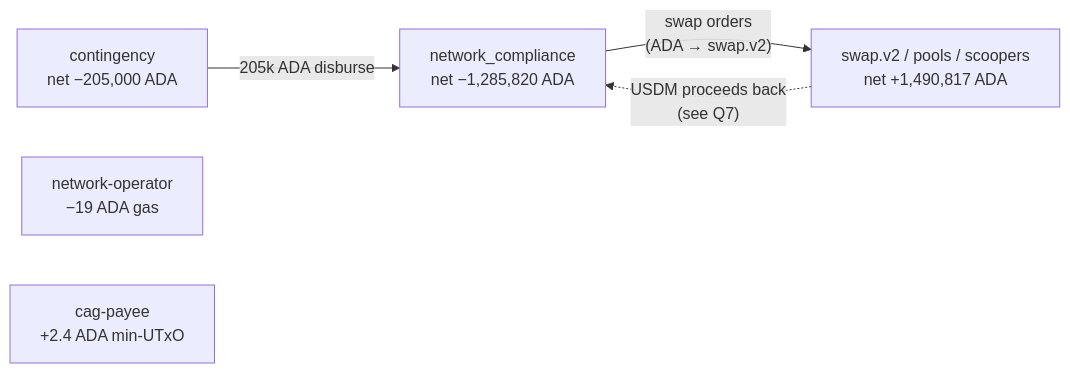
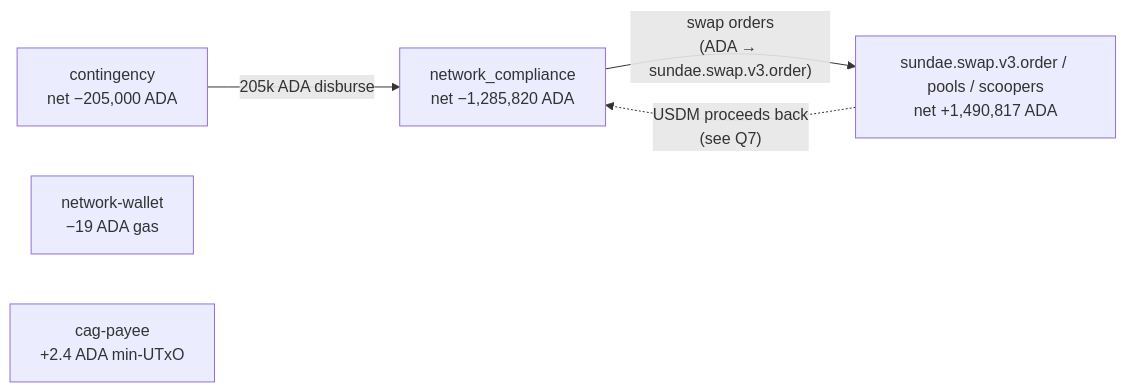
Before and after one commit to lambdasistemi/cardano-ledger-rdf: the diagram in docs/case-studies/2026-05-amaru-treasury/queries/q3-per-scope-ada-flow.md, drawn with Mermaid. The commit also changed other lines of this file and 22 other files, not shown here.

````diff
--- a/docs/case-studies/2026-05-amaru-treasury/queries/q3-per-scope-ada-flow.md
+++ b/docs/case-studies/2026-05-amaru-treasury/queries/q3-per-scope-ada-flow.md
@@ -55,8 +127,8 @@
 ```mermaid
 flowchart LR
   cont["contingency<br/>net −205,000 ADA"] -->|205k ADA disburse| netcomp["network_compliance<br/>net −1,285,820 ADA"]
-  netcomp -->|"swap orders<br/>(ADA → swap.v2)"| swap["swap.v2 / pools / scoopers<br/>net +1,490,817 ADA"]
+  netcomp -->|"swap orders<br/>(ADA → sundae.swap.v3.order)"| swap["sundae.swap.v3.order / pools / scoopers<br/>net +1,490,817 ADA"]
   swap -.->|"USDM proceeds back<br/>(see Q7)"| netcomp
-  netop["network-operator<br/>−19 ADA gas"]
+  netwallet["network-wallet<br/>−19 ADA gas"]
   cag["cag-payee<br/>+2.4 ADA min-UTxO"]
 ```
````
